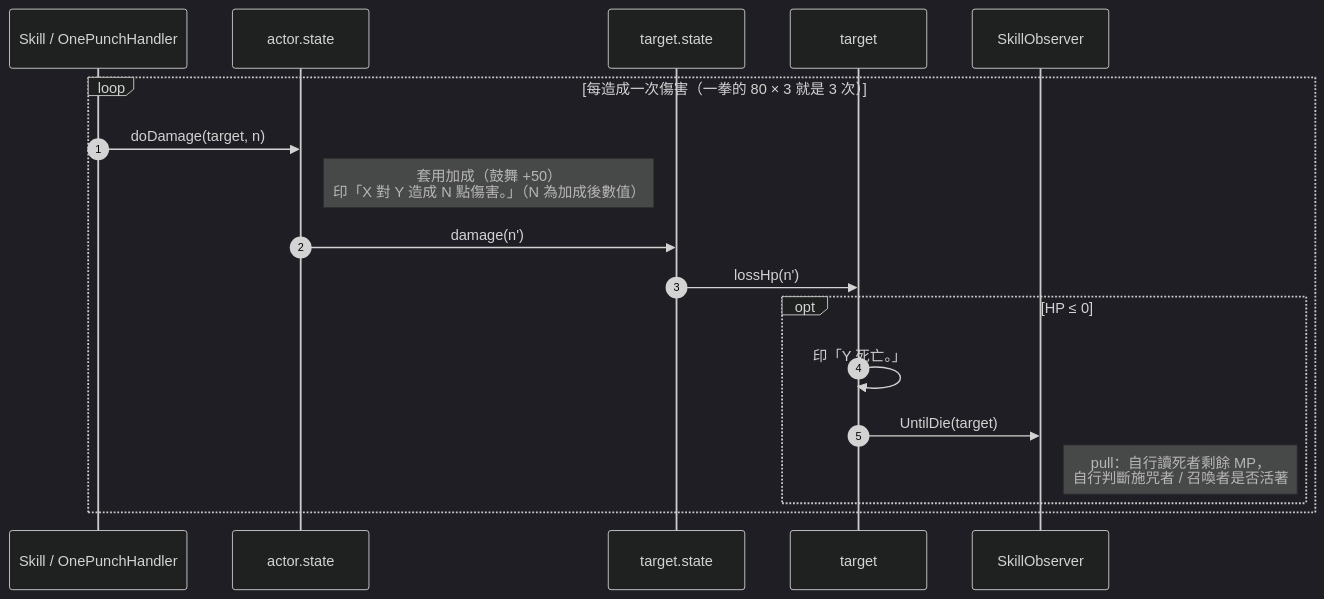
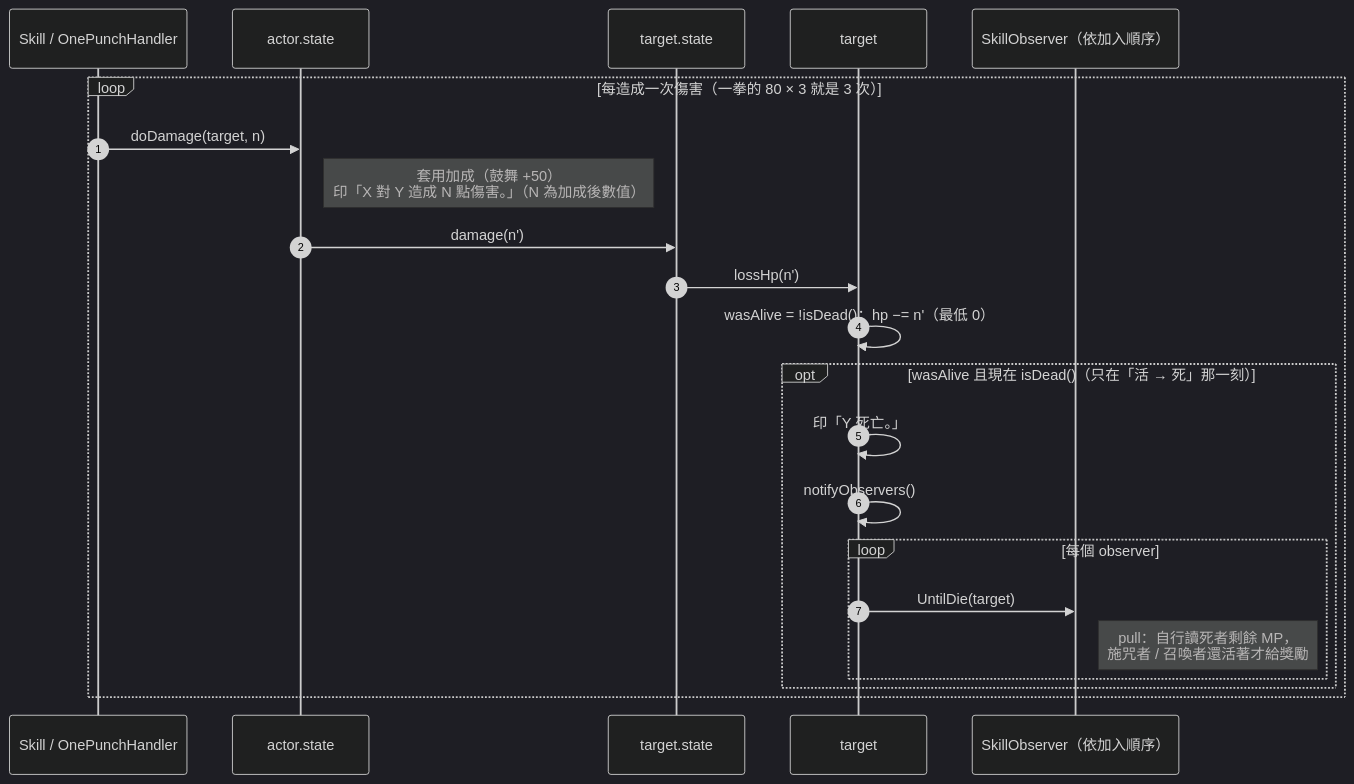
The tenth of 13 diagrams in RPGGame/diagrams.md (Chang-anthony/DesignPattern), drawn with Mermaid (dark theme) before and after one commit. The commit also changed other lines of this file and 1 other file, not shown here.

First line of the commit message:
docs(rpggame): sync diagrams.md with implemented Role, Skill, and Observer

````diff
--- a/RPGGame/diagrams.md
+++ b/RPGGame/diagrams.md
@@ -320,21 +634,25 @@
 ```mermaid
 sequenceDiagram
     autonumber
     participant K as Skill / OnePunchHandler
     participant AS as actor.state
     participant TS as target.state
     participant T as target
-    participant O as SkillObserver
+    participant O as SkillObserver（依加入順序）
 
     loop 每造成一次傷害（一拳的 80 × 3 就是 3 次）
         K->>AS: doDamage(target, n)
         Note right of AS: 套用加成（鼓舞 +50）<br/>印「X 對 Y 造成 N 點傷害。」（N 為加成後數值）
         AS->>TS: damage(n')
         TS->>T: lossHp(n')
-        opt HP ≤ 0
+        T->>T: wasAlive = !isDead()；hp −= n'（最低 0）
+        opt wasAlive 且現在 isDead()（只在「活 → 死」那一刻）
             T->>T: 印「Y 死亡。」
-            T->>O: UntilDie(target)
-            Note right of O: pull：自行讀死者剩餘 MP，<br/>自行判斷施咒者 / 召喚者是否活著
+            T->>T: notifyObservers()
+            loop 每個 observer
+                T->>O: UntilDie(target)
+                Note right of O: pull：自行讀死者剩餘 MP，<br/>施咒者 / 召喚者還活著才給獎勵
+            end
         end
     end
 ```
````
